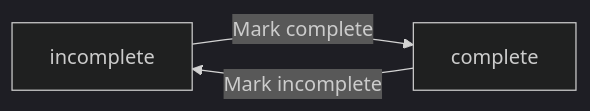
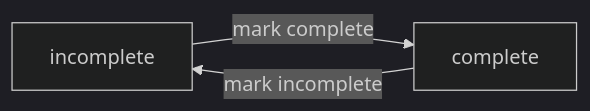
One commit to wrtnlabs/autobe-examples changed the second of 3 diagrams in openai/gpt-5.4-nano/todo/docs/analysis/02-domain-model.md. Above: the diagram before and after it, drawn with Mermaid (dark theme). The commit also changed other lines of this file and 32093 other files, not shown here.

````diff
--- a/openai/gpt-5.4-nano/todo/docs/analysis/02-domain-model.md
+++ b/openai/gpt-5.4-nano/todo/docs/analysis/02-domain-model.md
@@ -510,5 +536,5 @@
 ```mermaid
 flowchart LR
-    A["incomplete"] -->|"Mark complete"| B["complete"]
-    B -->|"Mark incomplete"| A
+    A["incomplete"] -->|"mark complete"| B["complete"]
+    B -->|"mark incomplete"| A
 ```
````
